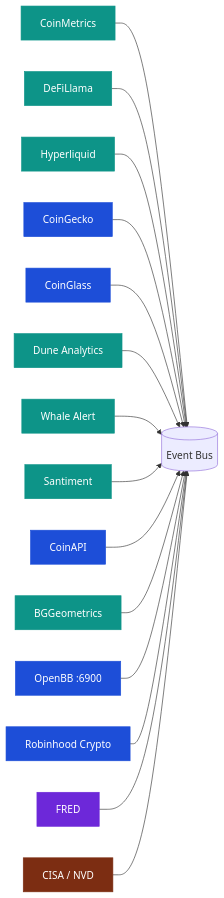
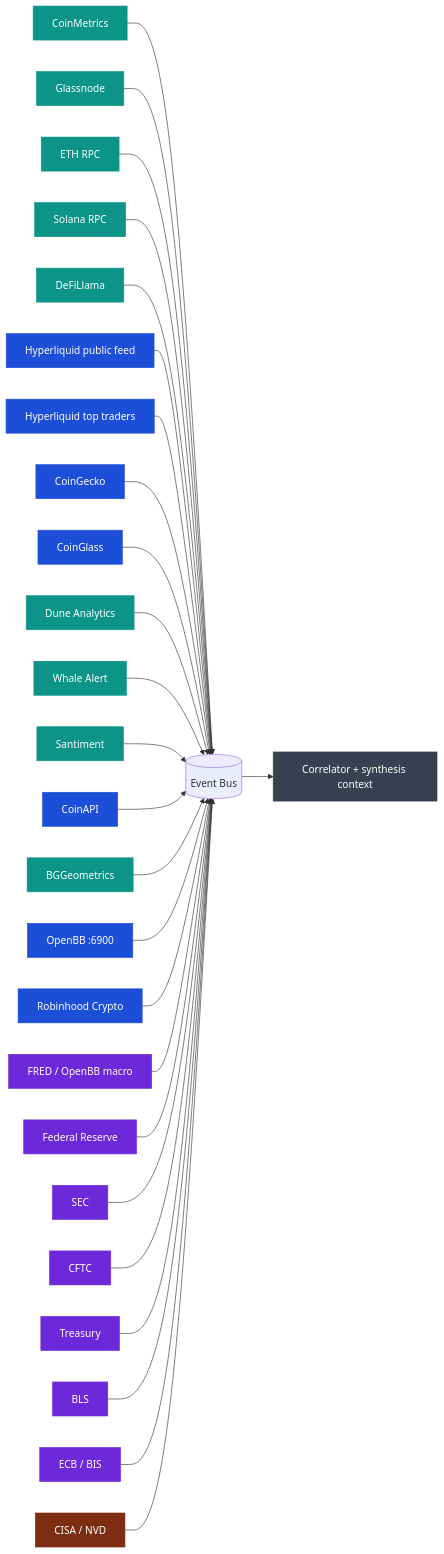
The fifth of 8 diagrams in README.md (arigatoexpress/Sapphire), drawn with Mermaid before and after one commit. The commit also changed other lines of this file, not shown here.

````diff
--- a/README.md
+++ b/README.md
@@ -346,24 +414,37 @@
 ```mermaid
 flowchart LR
     classDef onchain fill:#0d9488,color:#fff,stroke:#0d9488
     classDef market  fill:#1d4ed8,color:#fff,stroke:#1d4ed8
     classDef macro   fill:#6d28d9,color:#fff,stroke:#6d28d9
     classDef sec     fill:#7c2d12,color:#fff,stroke:#7c2d12
+    classDef synth   fill:#374151,color:#fff,stroke:#374151
 
     CM[CoinMetrics]:::onchain
+    GN[Glassnode]:::onchain
+    ETH[ETH RPC]:::onchain
+    SOL[Solana RPC]:::onchain
     DL[DeFiLlama]:::onchain
-    HL[Hyperliquid]:::onchain
+    HL[Hyperliquid public feed]:::market
+    CP[Hyperliquid top traders]:::market
     CG[CoinGecko]:::market
     CGL[CoinGlass]:::market
     DUNE[Dune Analytics]:::onchain
     WHALE[Whale Alert]:::onchain
     SAN[Santiment]:::onchain
     CAPI[CoinAPI]:::market
     BGG[BGGeometrics]:::onchain
     OBB[OpenBB :6900]:::market
     RH[Robinhood Crypto]:::market
-    FRED[FRED]:::macro
+    FRED[FRED / OpenBB macro]:::macro
+    FED[Federal Reserve]:::macro
+    SEC[SEC]:::macro
+    CFTC[CFTC]:::macro
+    UST[Treasury]:::macro
+    BLS[BLS]:::macro
+    ECB[ECB / BIS]:::macro
     CISA[CISA / NVD]:::sec
+    Corr[Correlator + synthesis context]:::synth
 
-    CM & DL & HL & CG & CGL & DUNE & WHALE & SAN & CAPI & BGG & OBB & RH & FRED & CISA --> Bus[(Event Bus)]
+    CM & GN & ETH & SOL & DL & HL & CP & CG & CGL & DUNE & WHALE & SAN & CAPI & BGG & OBB & RH & FRED & FED & SEC & CFTC & UST & BLS & ECB & CISA --> Bus[(Event Bus)]
+    Bus --> Corr
 ```
````
